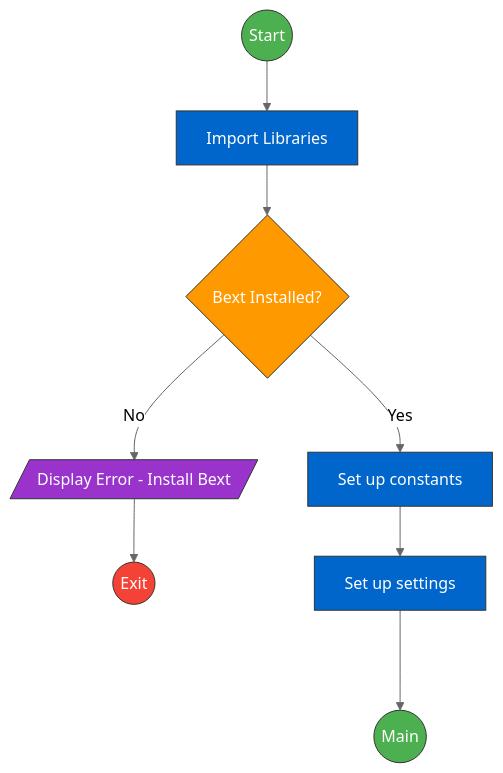
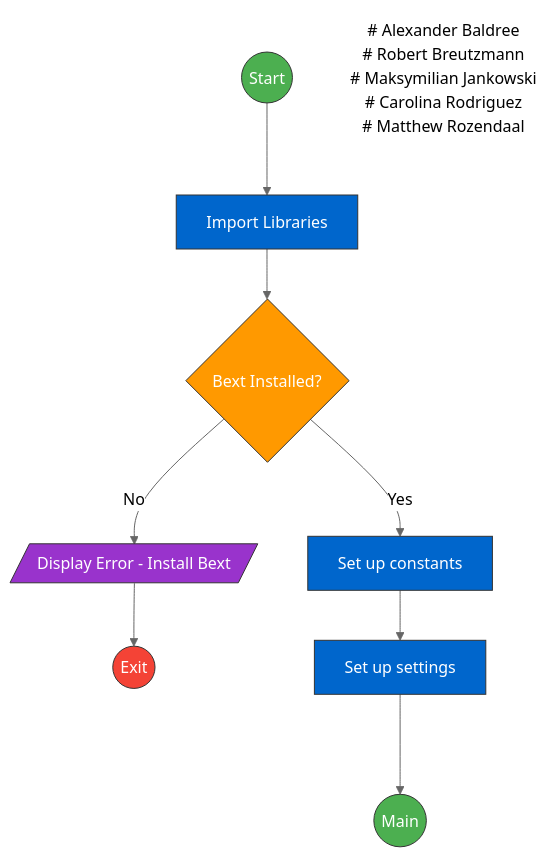
The first of 4 diagrams in module-6/GroupFlowchart_WaterFeatureAdded.md (Hydroplane72/csd-325), drawn with Mermaid (neutral theme) before and after one commit. The commit also changed 6 other files, not shown here.

````diff
--- a/module-6/GroupFlowchart_WaterFeatureAdded.md
+++ b/module-6/GroupFlowchart_WaterFeatureAdded.md
@@ -1,28 +1,30 @@
 ```mermaid
-flowchart TD
-%% --- Node Definitions and Connections ---
-Start((Start)):::terminatorStart --> p1[Import Libraries]:::process
-p1 --> d1{Bext Installed?}:::decision
-d1 -- No --> io1[/Display Error - Install Bext/]:::inputOutput
-io1 --> End((Exit)):::terminatorFinish
-d1 -- Yes --> p2[Set up constants]:::process
-p2 --> p3[Set up settings]:::process
-p3 ---> mainF((Main)):::terminatorStart
+flowchart TB
+    Start(("Start")) --> p1["Import Libraries"]
+    p1 --> d1{"Bext Installed?"}
+    d1 -- No --> io1[/"Display Error - Install Bext"/]
+    io1 --> End(("Exit"))
+    d1 -- Yes --> p2["Set up constants"]
+    p2 --> p3["Set up settings"]
+    p3 ---> mainF(("Main"))
+    n1@{ label: "<div style=\"color:\"><div><span style=\"color:\"># Alexander Baldree</span></div><div><span style=\"color:\"># Robert Breutzmann</span></div><div><span style=\"color:\"># Maksymilian Jankowski</span></div><div><span style=\"color:\"># Carolina Rodriguez</span></div><div><span style=\"color:\"># Matthew Rozendaal</span></div></div>" }
 
-%% --- Class Definitions ---
-%% Process Rectangle: Blue (white text)
-classDef process fill:#0066cc,stroke:#333,color:#fff;
+    n1@{ shape: text}
+     Start:::terminatorStart
+     p1:::process
+     d1:::decision
+     io1:::inputOutput
+     End:::terminatorFinish
+     p2:::process
+     p3:::process
+     mainF:::terminatorStart
+    classDef process fill:#0066cc,stroke:#333,color:#fff
+    classDef decision fill:#ff9900,stroke:#333,color:#fff
+    classDef database fill:#ffeb3b,stroke:#333,color:#000
+    classDef inputOutput fill:#9933cc,stroke:#333,color:#fff
+    classDef terminatorStart fill:#4CAF50,stroke:#333,color:#fff
+    classDef terminatorFinish fill:#F44336,stroke:#333,color:#fff
 
-%% Decision Diamond: Orange (White Text)
-classDef decision fill:#ff9900,stroke:#333,color:#fff;
 
-%% Database Can: Yellow (Black Text)
-classDef database fill:#ffeb3b,stroke:#333,color:#000;
 
-%% Input/Output Parallelagram: Purple (White Text)
-classDef inputOutput fill:#9933cc,stroke:#333,color:#fff;
-
-%% Terminator Circle: Green for Start, Red for Finish (White Text)
-classDef terminatorStart fill:#4CAF50,stroke:#333,color:#fff;
-classDef terminatorFinish fill:#F44336,stroke:#333,color:#fff;
 ```
````
